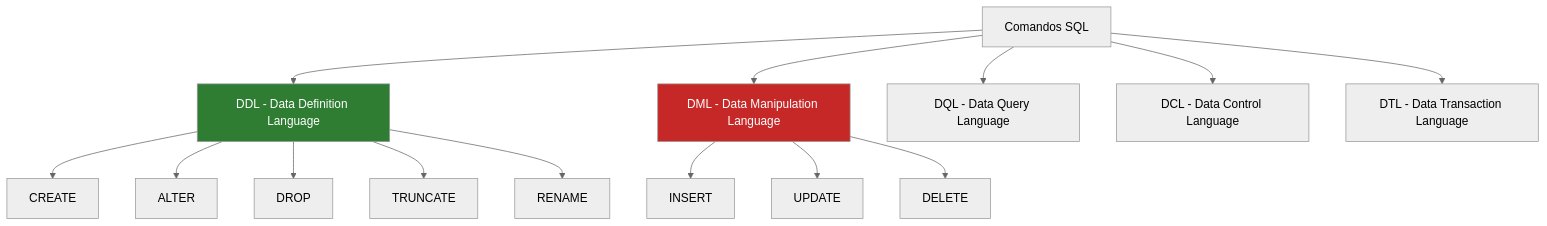
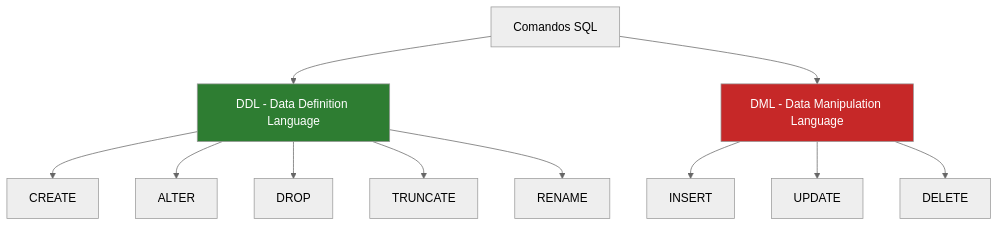
The diagram in Lessons-MySQL/05-Insert-data/lesson-05-pt.md (ThayronyVonHeld/Database-MySQL-Notes), drawn with Mermaid (neutral theme) before and after one commit. The commit also changed other lines of this file and 2 other files, not shown here.

Commit message:
update lesson 5

````diff
--- a/Lessons-MySQL/05-Insert-data/lesson-05-pt.md
+++ b/Lessons-MySQL/05-Insert-data/lesson-05-pt.md
@@ -20,21 +20,18 @@
 ```mermaid
 graph TD
     A[Comandos SQL] --> B[DDL - Data Definition Language]
     A --> C[DML - Data Manipulation Language]
-    A --> D[DQL - Data Query Language]
-    A --> E[DCL - Data Control Language]
-    A --> F[DTL - Data Transaction Language]
     
     B --> B1[CREATE]
     B --> B2[ALTER]
     B --> B3[DROP]
     B --> B4[TRUNCATE]
     B --> B5[RENAME]
     
     C --> C1[INSERT]
     C --> C2[UPDATE]
     C --> C3[DELETE]
     
     style B fill:#2E7D32,color:#fff
     style C fill:#C62828,color:#fff
 ```
````
